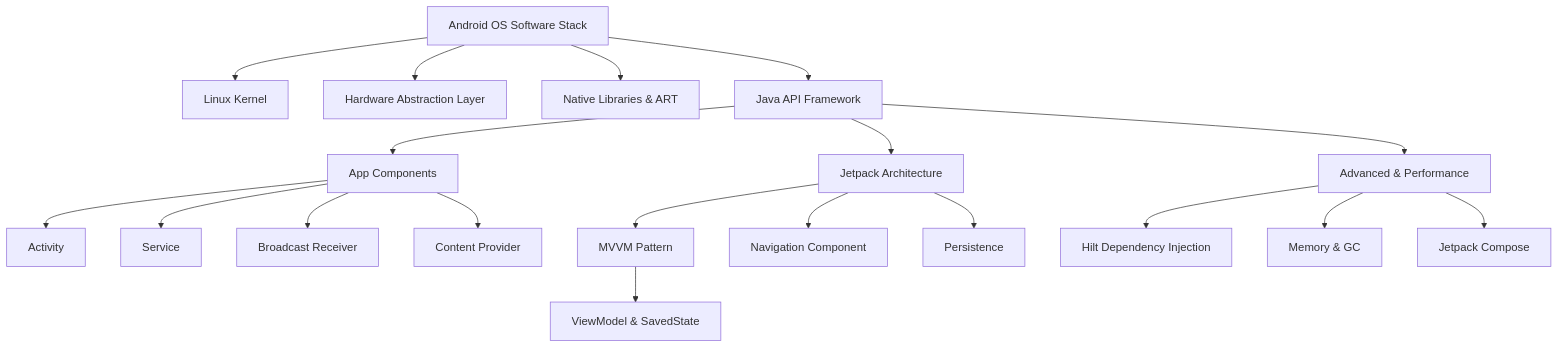
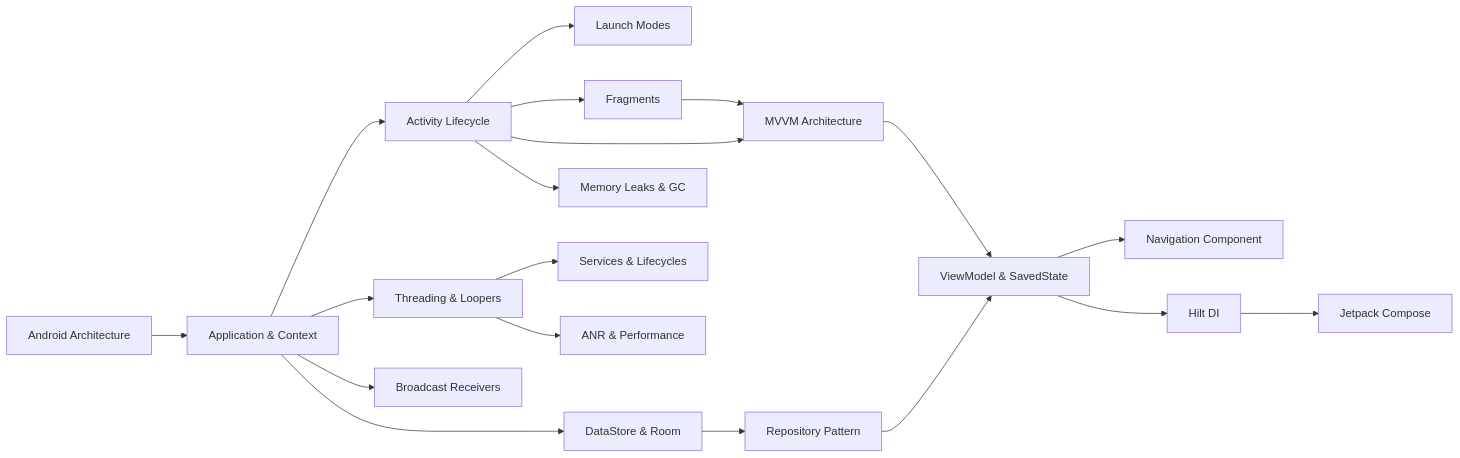
Before and after one commit to aravind-p-developer/Android-Developer-Knowledge-Hub: the diagram in README.md, drawn with Mermaid. The commit also changed other lines of this file, not shown here.

Commit message:
Update project name and add 10-phase roadmap vision

````diff
--- a/README.md
+++ b/README.md
@@ -16,28 +62,30 @@
 ```mermaid
-graph TD
-    %% Base OS Nodes
-    OS[Android OS Software Stack] --> Linux[Linux Kernel]
-    OS --> HAL[Hardware Abstraction Layer]
-    OS --> Native[Native Libraries & ART]
-    OS --> Framework[Java API Framework]
-
-    %% Components
-    Framework --> Comp[App Components]
-    Comp --> Act[Activity]
-    Comp --> Serv[Service]
-    Comp --> BR[Broadcast Receiver]
-    Comp --> CP[Content Provider]
-
-    %% Architecture
-    Framework --> Arch[Jetpack Architecture]
-    Arch --> MVVM[MVVM Pattern]
+graph LR
+    %% Day 1 & 2 Core Foundations
+    Arch[Android Architecture] --> Context[Application & Context]
+    Context --> Activity[Activity Lifecycle]
+    Activity --> LaunchMode[Launch Modes]
+    Activity --> Fragments[Fragments]
+    
+    %% Day 3 Communications
+    Context --> Threading[Threading & Loopers]
+    Threading --> Service[Services & Lifecycles]
+    Context --> Broadcast[Broadcast Receivers]
+    
+    %% Day 4 Architecture
+    Activity --> MVVM[MVVM Architecture]
+    Fragments --> MVVM
     MVVM --> ViewModel[ViewModel & SavedState]
-    Arch --> Nav[Navigation Component]
-    Arch --> Pers[Persistence]
-
-    %% Advanced
-    Framework --> Adv[Advanced & Performance]
-    Adv --> DI[Hilt Dependency Injection]
-    Adv --> Mem[Memory & GC]
-    Adv --> UI[Jetpack Compose]
+    
+    %% Day 5 Data & Nav
+    ViewModel --> Navigation[Navigation Component]
+    Context --> Storage[DataStore & Room]
+    Storage --> Repository[Repository Pattern]
+    Repository --> ViewModel
+    
+    %% Day 6 & 7 Performance & Advanced
+    Activity --> Leaks[Memory Leaks & GC]
+    Threading --> ANR[ANR & Performance]
+    ViewModel --> DI[Hilt DI]
+    DI --> Compose[Jetpack Compose]
 ```
````
